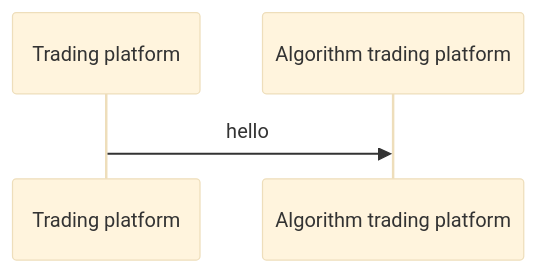
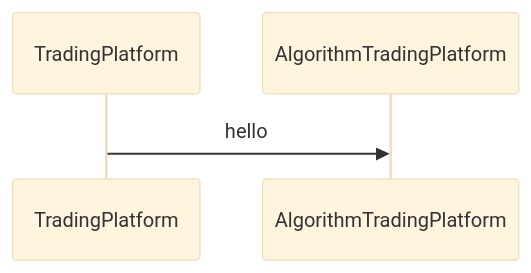
One commit to hongyusu/trading_gdax changed the diagram in README.md. Above: the diagram before and after it, drawn with Mermaid (base theme).

````diff
--- a/README.md
+++ b/README.md
@@ -13,4 +13,6 @@
 ```mermaid
 sequenceDiagram
-Trading platform->>Algorithm trading platform: hello
+participant TradingPlatform
+participant AlgorithmTradingPlatform
+TradingPlatform->>AlgorithmTradingPlatform: hello
 ```
````
